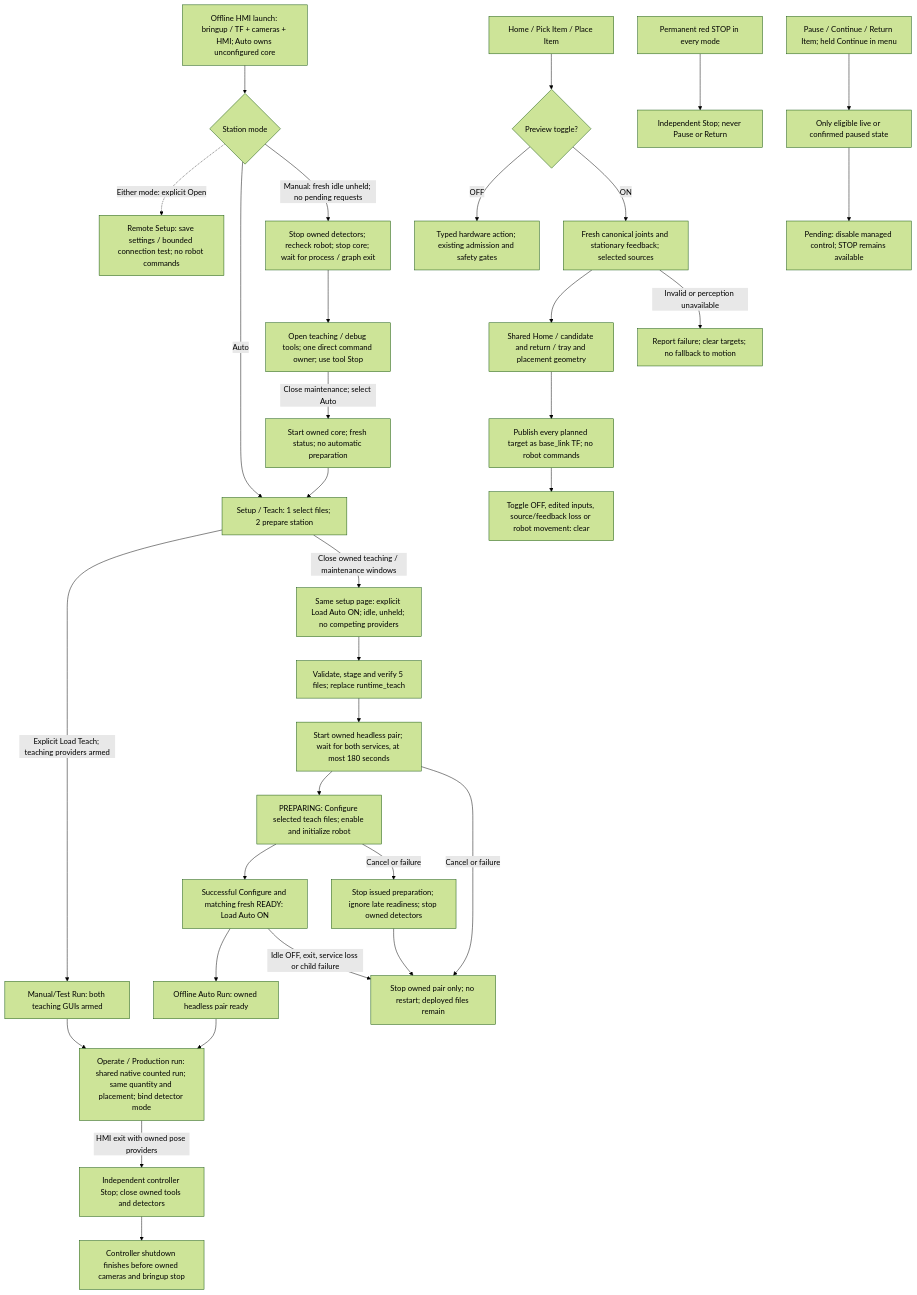
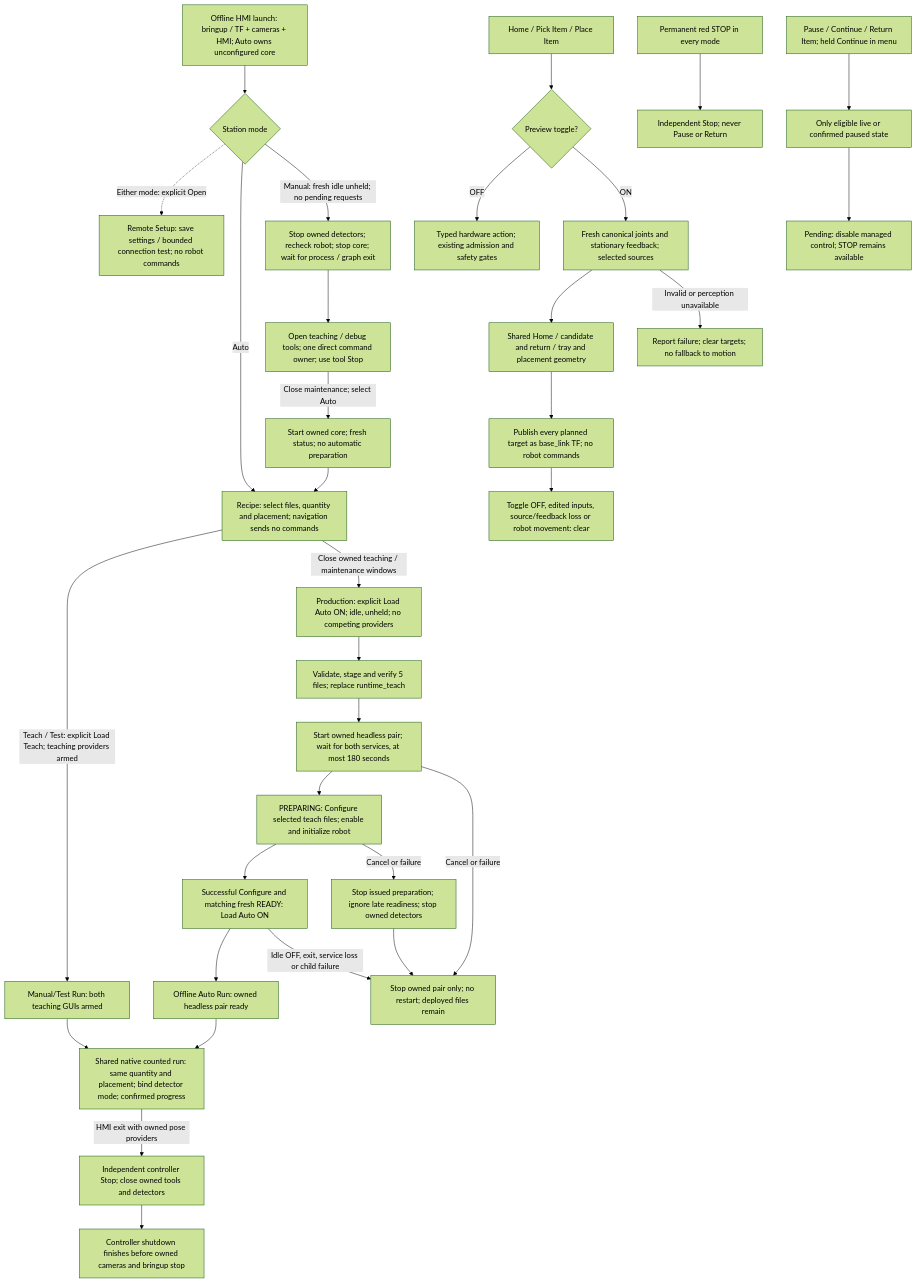
Before and after one commit to esgange/dobot_picknplace_yolo: the first of 9 diagrams in docs/ROBOT_CONTROLLER_FSM.md, drawn with Mermaid (forest theme). The commit also changed other lines of this file and 10 other files, not shown here.

Commit message:
Separate production, recipe, testing and diagnostics in station HMI

````diff
--- a/docs/ROBOT_CONTROLLER_FSM.md
+++ b/docs/ROBOT_CONTROLLER_FSM.md
@@ -1048,35 +1045,35 @@
 ```mermaid
 flowchart TD
     Launch["Offline HMI launch: bringup / TF + cameras + HMI; Auto owns unconfigured core"] --> StationMode{"Station mode"}
     StationMode -.->|Either mode: explicit Open| Remote["Remote Setup: save settings / bounded connection test; no robot commands"]
     StationMode -->|Auto| TeachPage
     StationMode -->|Manual: fresh idle unheld; no pending requests| ReleaseCore["Stop owned detectors; recheck robot; stop core; wait for process / graph exit"]
     ReleaseCore --> Tools["Open teaching / debug tools; one direct command owner; use tool Stop"]
     Tools -->|Close maintenance; select Auto| RestoreCore["Start owned core; fresh status; no automatic preparation"]
     RestoreCore --> TeachPage
-    TeachPage["Setup / Teach: 1 select files; 2 prepare station"] -->|Explicit Load Teach; teaching providers armed| Manual
-    TeachPage -->|Close owned teaching / maintenance windows| Deploy["Same setup page: explicit Load Auto ON; idle, unheld; no competing providers"]
+    TeachPage["Recipe: select files, quantity and placement; navigation sends no commands"] -->|Teach / Test: explicit Load Teach; teaching providers armed| Manual
+    TeachPage -->|Close owned teaching / maintenance windows| Deploy["Production: explicit Load Auto ON; idle, unheld; no competing providers"]
     Deploy --> Copy["Validate, stage and verify 5 files; replace runtime_teach"]
     Copy --> Detect["Start owned headless pair; wait for both services, at most 180 seconds"]
     Detect --> Prepare["PREPARING: Configure selected teach files; enable and initialize robot"]
     Prepare --> Loaded["Successful Configure and matching fresh READY: Load Auto ON"]
     Loaded --> Auto["Offline Auto Run: owned headless pair ready"]
-    Manual["Manual/Test Run: both teaching GUIs armed"] --> Run["Operate / Production run: shared native counted run; same quantity and placement; bind detector mode"]
+    Manual["Manual/Test Run: both teaching GUIs armed"] --> Run["Shared native counted run: same quantity and placement; bind detector mode; confirmed progress"]
     Auto --> Run
     Run -->|HMI exit with owned pose providers| HmiExit["Independent controller Stop; close owned tools and detectors"]
     HmiExit --> StationExit["Controller shutdown finishes before owned cameras and bringup stop"]
     Loaded -->|Idle OFF, exit, service loss or child failure| End["Stop owned pair only; no restart; deployed files remain"]
     Detect -->|Cancel or failure| End
     Prepare -->|Cancel or failure| CancelPrepare["Stop issued preparation; ignore late readiness; stop owned detectors"]
     CancelPrepare --> End
     Buttons["Home / Pick Item / Place Item"] --> Mode{"Preview toggle?"}
     Mode -->|OFF| Action["Typed hardware action; existing admission and safety gates"]
     Mode -->|ON| Inputs["Fresh canonical joints and stationary feedback; selected sources"]
     Inputs --> Plan["Shared Home / candidate and return / tray and placement geometry"]
     Plan --> TF["Publish every planned target as base_link TF; no robot commands"]
     TF --> Clear["Toggle OFF, edited inputs, source/feedback loss or robot movement: clear"]
     Inputs -->|Invalid or perception unavailable| Failed["Report failure; clear targets; no fallback to motion"]
     Stop["Permanent red STOP in every mode"] --> Direct["Independent Stop; never Pause or Return"]
     Managed["Pause / Continue / Return Item; held Continue in menu"] --> Guard["Only eligible live or confirmed paused state"]
     Guard --> Pending["Pending: disable managed control; STOP remains available"]
 ```
````
